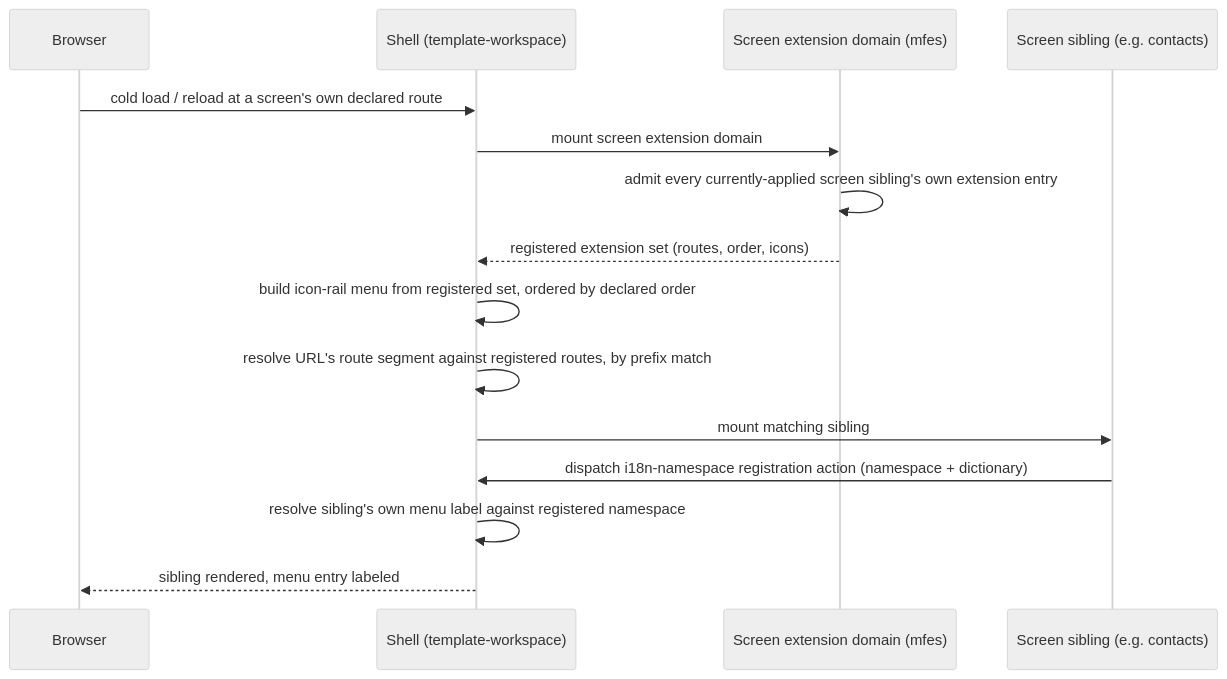
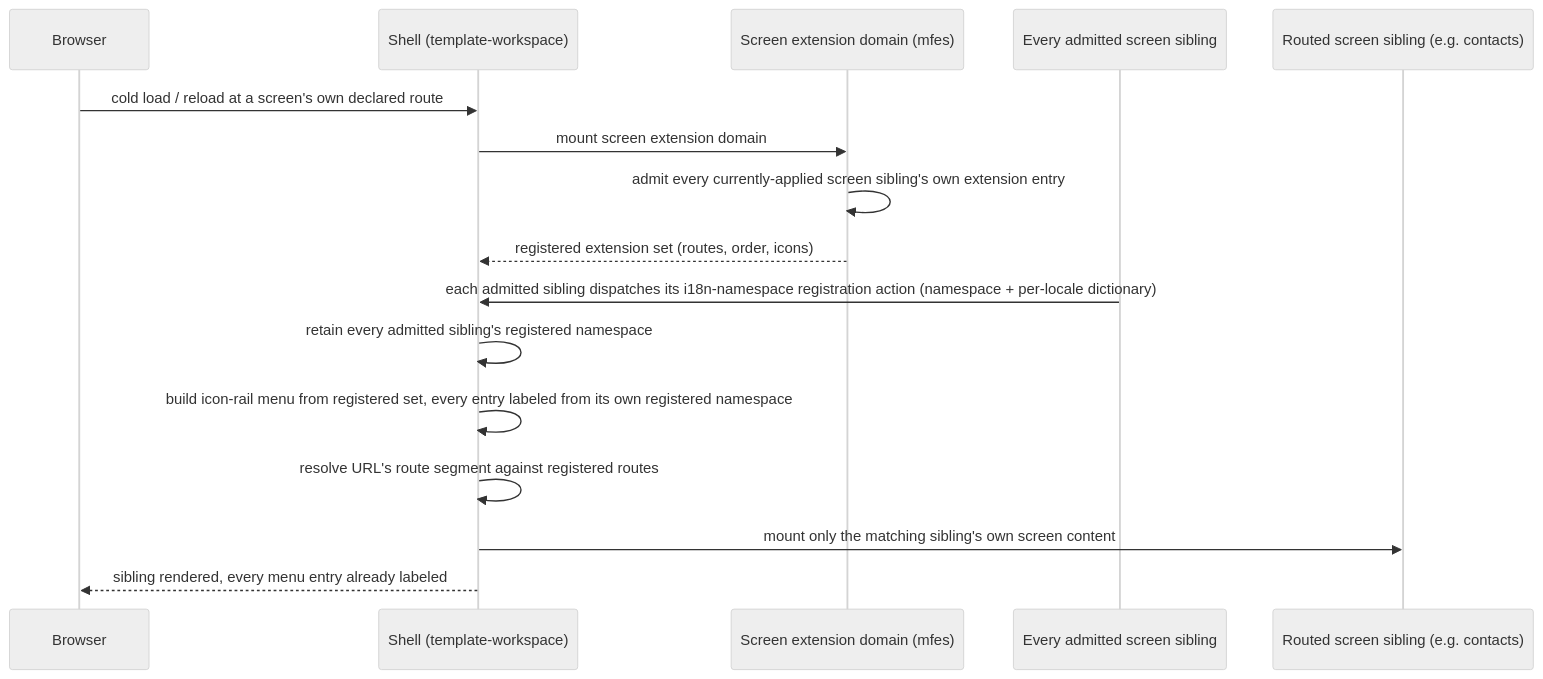
The second of 2 diagrams in architecture/workspace-templates/DESIGN.md (constructorfabric/gears-frontx), drawn with Mermaid (neutral theme) before and after one commit. The commit also changed other lines of this file and 2 other files, not shown here.

````diff
--- a/architecture/workspace-templates/DESIGN.md
+++ b/architecture/workspace-templates/DESIGN.md
@@ -277,17 +294,18 @@
 ```mermaid
 sequenceDiagram
     participant Browser
     participant Shell as Shell (template-workspace)
     participant Domain as Screen extension domain (mfes)
-    participant Screen as Screen sibling (e.g. contacts)
+    participant AllSiblings as Every admitted screen sibling
+    participant Screen as Routed screen sibling (e.g. contacts)
     Browser->>Shell: cold load / reload at a screen's own declared route
     Shell->>Domain: mount screen extension domain
     Domain->>Domain: admit every currently-applied screen sibling's own extension entry
     Domain-->>Shell: registered extension set (routes, order, icons)
-    Shell->>Shell: build icon-rail menu from registered set, ordered by declared order
-    Shell->>Shell: resolve URL's route segment against registered routes, by prefix match
-    Shell->>Screen: mount matching sibling
-    Screen->>Shell: dispatch i18n-namespace registration action (namespace + dictionary)
-    Shell->>Shell: resolve sibling's own menu label against registered namespace
-    Shell-->>Browser: sibling rendered, menu entry labeled
+    AllSiblings->>Shell: each admitted sibling dispatches its i18n-namespace registration action (namespace + per-locale dictionary)
+    Shell->>Shell: retain every admitted sibling's registered namespace
+    Shell->>Shell: build icon-rail menu from registered set, every entry labeled from its own registered namespace
+    Shell->>Shell: resolve URL's route segment against registered routes
+    Shell->>Screen: mount only the matching sibling's own screen content
+    Shell-->>Browser: sibling rendered, every menu entry already labeled
 ```
````
